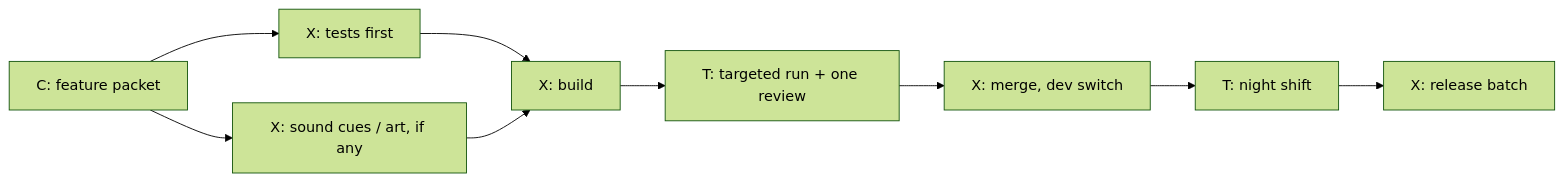
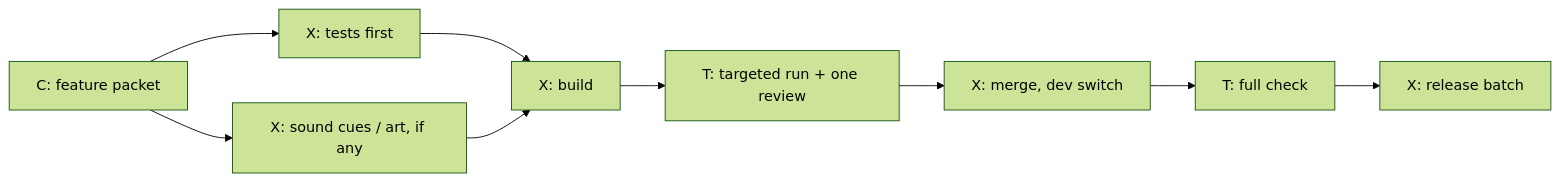
One commit to Dukes0O/the-duel-remake changed the second of 4 diagrams in docs/FACTORY.md. Above: the diagram before and after it, drawn with Mermaid (forest theme). The commit also changed other lines of this file and 7 other files, not shown here.

First line of the commit message:
Rename the night shift to the full check; add FAC-FULL-CHECK card and tonight's order

````diff
--- a/docs/FACTORY.md
+++ b/docs/FACTORY.md
@@ -85,11 +87,11 @@
 ```mermaid
 flowchart LR
   P[C: feature packet] --> T[X: tests first]
   P --> A[X: sound cues / art, if any]
   T --> B[X: build]
   A --> B
   B --> V[T: targeted run + one review]
   V --> M[X: merge, dev switch]
-  M --> N[T: night shift]
+  M --> N[T: full check]
   N --> REL[X: release batch]
 ```
````
